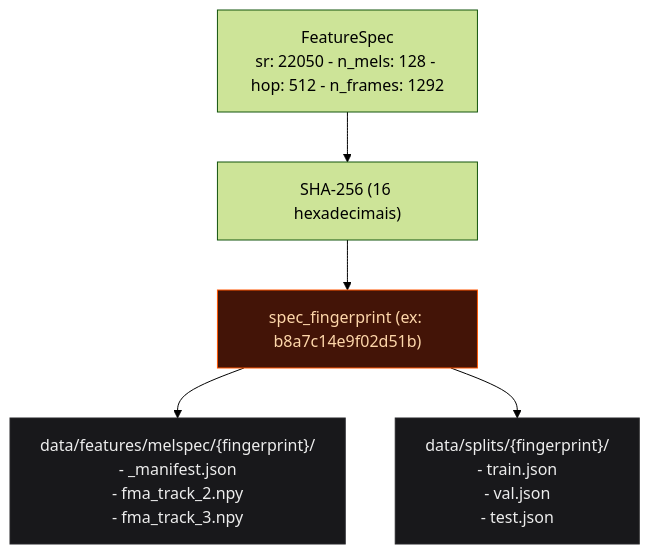
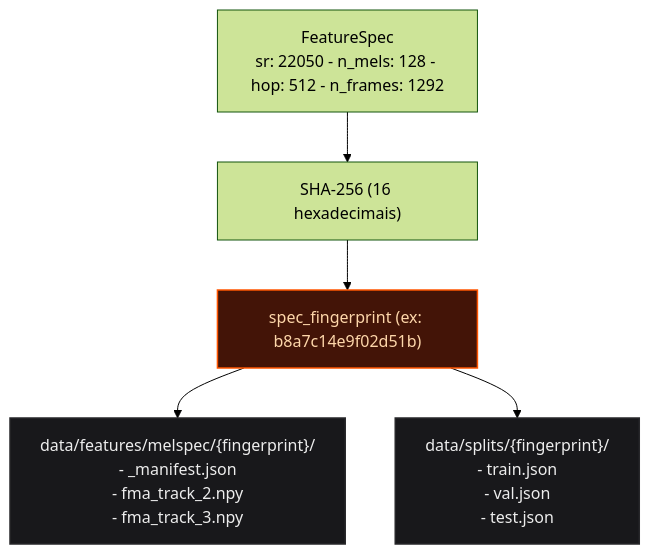
Before and after one commit to Oseiasdfarias/youfy: the first of 2 diagrams in docs/arquitetura/contratos.md, drawn with Mermaid (forest theme). The commit also changed 2 other files, not shown here.

Commit message:
style(docs): compatibiliza diagramas mermaid com o tema light em todas as paginas

````diff
--- a/docs/arquitetura/contratos.md
+++ b/docs/arquitetura/contratos.md
@@ -11,13 +11,14 @@
 ```mermaid
 flowchart TD
     FS["FeatureSpec<br/>sr: 22050 - n_mels: 128 - hop: 512 - n_frames: 1292"] --> Hash["SHA-256 (16 hexadecimais)"]
     Hash --> FP["spec_fingerprint (ex: b8a7c14e9f02d51b)"]
     
     FP --> DirF["data/features/melspec/{fingerprint}/<br/>- _manifest.json<br/>- fma_track_2.npy<br/>- fma_track_3.npy"]
     
     FP --> DirS["data/splits/{fingerprint}/<br/>- train.json<br/>- val.json<br/>- test.json"]
 
-    style FP fill:#431407,stroke:#ff5500,color:#fed7aa
-    style DirF fill:#18181b,stroke:#27272a,color:#ededed
-    style DirS fill:#18181b,stroke:#27272a,color:#ededed
+    classDef fpStyle fill:#431407,stroke:#ff5500,stroke-width:1.5px,color:#fed7aa;
+    classDef dirStyle fill:#18181b,stroke:#27272a,stroke-width:1.5px,color:#ededed;
+    class FP fpStyle;
+    class DirF,DirS dirStyle;
 ```
````
